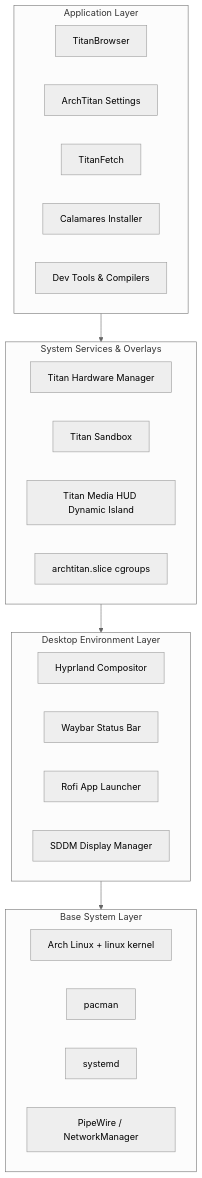
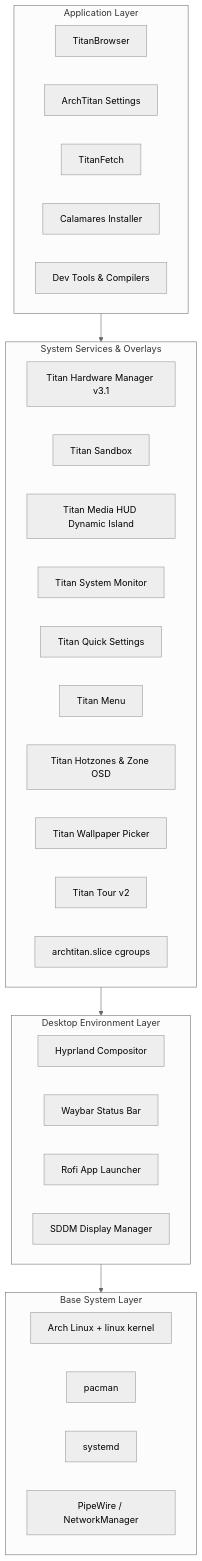
One commit to GitGuru29/ArchTitan-OS changed the first of 4 diagrams in wiki/Architecture.md. Above: the diagram before and after it, drawn with Mermaid (neutral theme). The commit also changed other lines of this file and 9 other files, not shown here.

````diff
--- a/wiki/Architecture.md
+++ b/wiki/Architecture.md
@@ -9,35 +9,41 @@
 ```mermaid
 graph TD
     subgraph L4["Application Layer"]
         TB[TitanBrowser]
         TS_GUI[ArchTitan Settings]
         TF[TitanFetch]
         Cal[Calamares Installer]
         Apps[Dev Tools & Compilers]
     end
 
     subgraph L3["System Services & Overlays"]
-        THM[Titan Hardware Manager]
+        THM[Titan Hardware Manager v3.1]
         TS[Titan Sandbox]
         HUD[Titan Media HUD Dynamic Island]
+        TSM[Titan System Monitor]
+        TQ[Titan Quick Settings]
+        TM[Titan Menu]
+        THZ[Titan Hotzones & Zone OSD]
+        TWP[Titan Wallpaper Picker]
+        TT[Titan Tour v2]
         Slices[archtitan.slice cgroups]
     end
 
     subgraph L2["Desktop Environment Layer"]
         H[Hyprland Compositor]
         WB[Waybar Status Bar]
         R[Rofi App Launcher]
         SDDM[SDDM Display Manager]
     end
 
     subgraph L1["Base System Layer"]
         Arch[Arch Linux + linux kernel]
         Pac[pacman]
         SysD[systemd]
         Pipe[PipeWire / NetworkManager]
     end
 
     L4 --> L3
     L3 --> L2
     L2 --> L1
 ```
````
